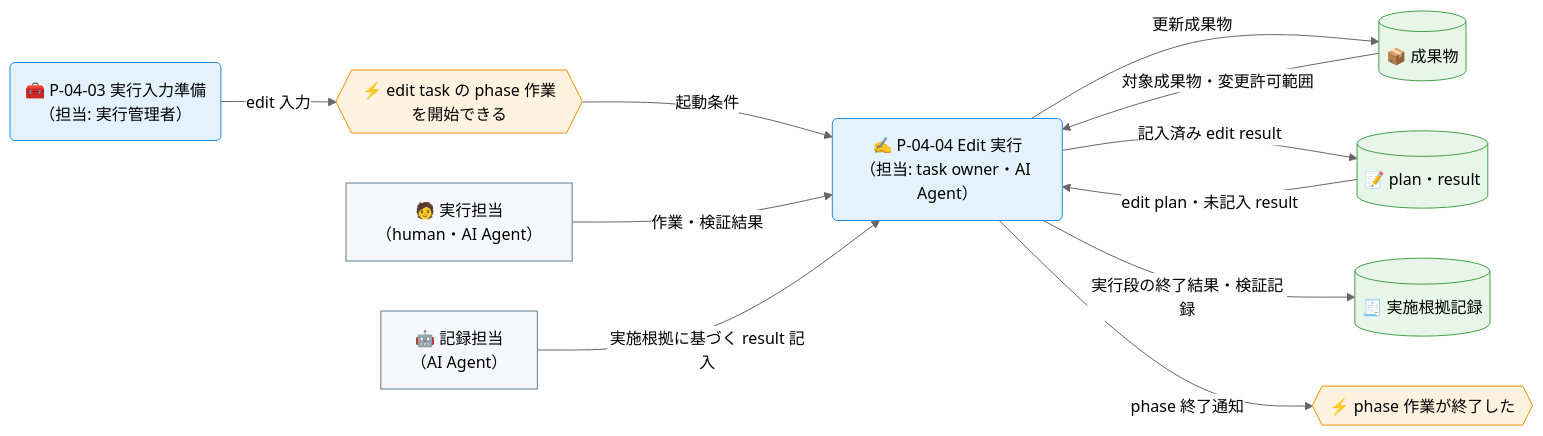
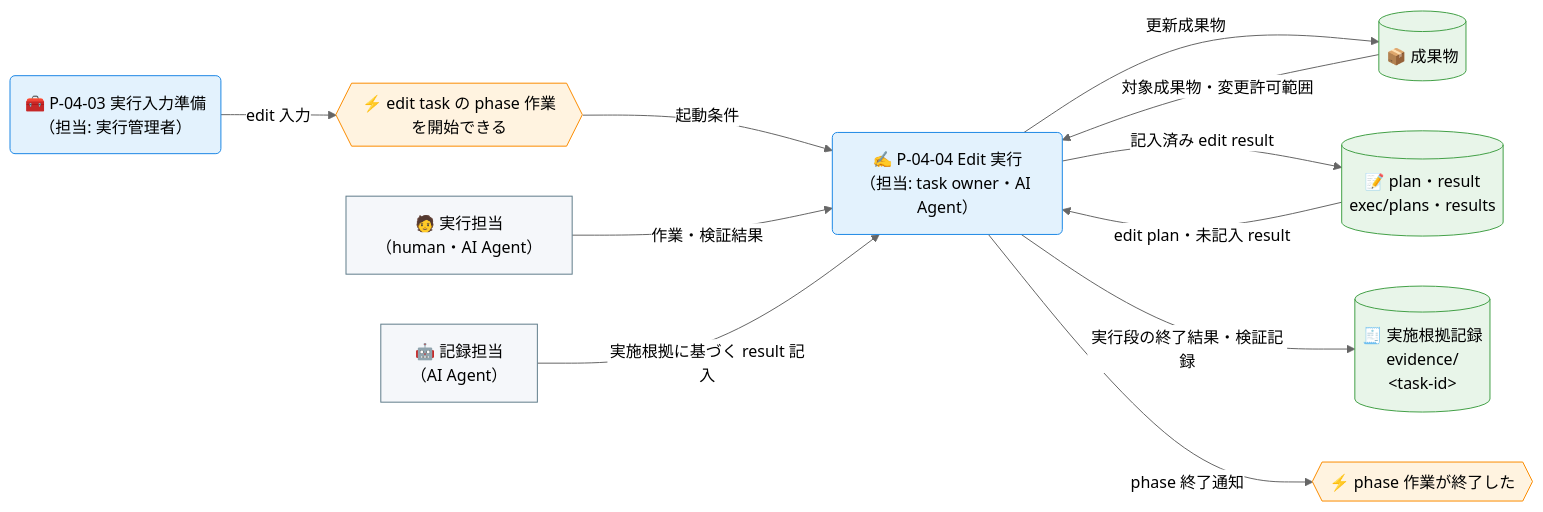
One commit to specdojo/specdojo changed the second of 4 diagrams in docs/ja/product/010-business-specs/010-data-flow/cdfd-task-execution.md. Above: the diagram before and after it, drawn with Mermaid (neutral theme). The commit also changed other lines of this file and 31 other files, not shown here.

First line of the commit message:
exec(T-DATA-FLOW-cdfd-*-140): finalize remaining data-flow CDFDs

````diff
--- a/docs/ja/product/010-business-specs/010-data-flow/cdfd-task-execution.md
+++ b/docs/ja/product/010-business-specs/010-data-flow/cdfd-task-execution.md
@@ -107,39 +107,39 @@
 ```mermaid
 flowchart LR
   classDef process fill:#e3f2fd,stroke:#1e88e5,color:#000
   classDef event fill:#fff3e0,stroke:#fb8c00,color:#000
   classDef storeMaster fill:#c8e6c9,stroke:#2e7d32,color:#000
   classDef storeTransaction fill:#e8f5e9,stroke:#43a047,color:#000
   classDef actor fill:#f5f7fa,stroke:#607d8b,color:#000
 
   実行担当["🧑 実行担当<br>（human・AI Agent）"]
   記録担当["🤖 記録担当<br>（AI Agent）"]
 
   edit開始{{"⚡ edit task の phase 作業を開始できる"}}
   phase終了{{"⚡ phase 作業が終了した"}}
 
   実行入力準備("🧰 P-04-03 実行入力準備<br>（担当: 実行管理者）")
   Edit実行("✍️ P-04-04 Edit 実行<br>（担当: task owner・AI Agent）")
 
   成果物[("📦 成果物")]
-  planResult[("📝 plan・result")]
-  実施根拠記録[("🧾 実施根拠記録")]
+  planResult[("📝 plan・result<br>exec/plans・results")]
+  実施根拠記録[("🧾 実施根拠記録<br>evidence/<br>&lt;task-id&gt;")]
 
   実行入力準備 -->|"edit 入力"| edit開始
   edit開始 -->|"起動条件"| Edit実行
 
   planResult -->|"edit plan・未記入 result"| Edit実行
   成果物 -->|"対象成果物・変更許可範囲"| Edit実行
   実行担当 -->|"作業・検証結果"| Edit実行
   記録担当 -->|"実施根拠に基づく result 記入"| Edit実行
 
   Edit実行 -->|"更新成果物"| 成果物
   Edit実行 -->|"記入済み edit result"| planResult
   Edit実行 -->|"実行段の終了結果・検証記録"| 実施根拠記録
   Edit実行 -->|"phase 終了通知"| phase終了
 
   class 実行入力準備,Edit実行 process
   class edit開始,phase終了 event
   class 成果物,planResult,実施根拠記録 storeTransaction
   class 実行担当,記録担当 actor
 ```
````
